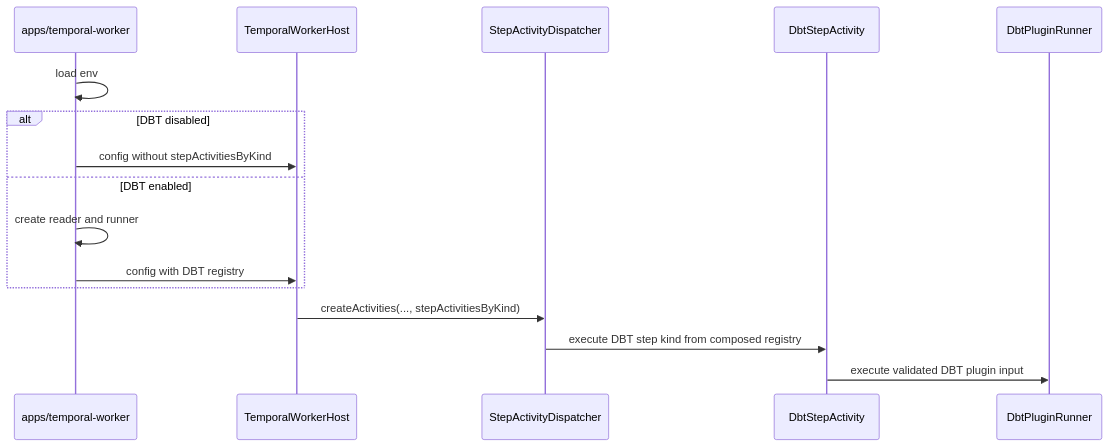
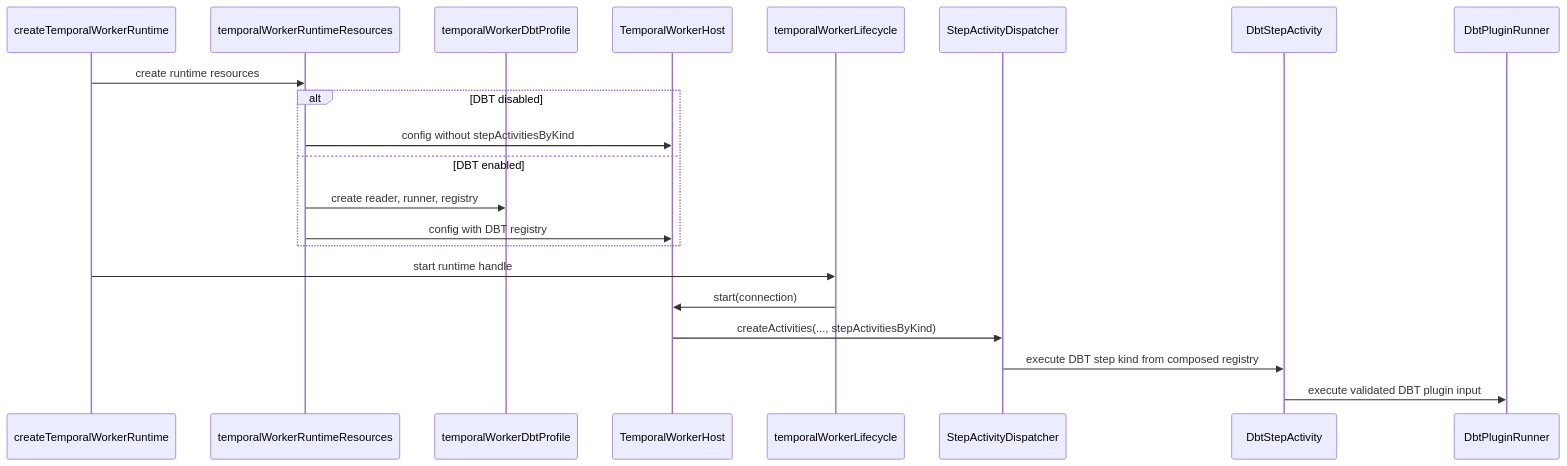
The second of 2 diagrams in docs/architecture/components/engine/adapters/temporal/temporal-dbt-worker-plugin-profile.md (dunay2/dvt), drawn with Mermaid before and after one commit. The commit also changed other lines of this file and 10 other files, not shown here.

Commit message:
refactor(temporal): Split worker runtime responsibilities

````diff
--- a/docs/architecture/components/engine/adapters/temporal/temporal-dbt-worker-plugin-profile.md
+++ b/docs/architecture/components/engine/adapters/temporal/temporal-dbt-worker-plugin-profile.md
@@ -123,19 +145,24 @@
 ```mermaid
 sequenceDiagram
-  participant Worker as apps/temporal-worker
+  participant Entry as createTemporalWorkerRuntime
+  participant Resources as temporalWorkerRuntimeResources
+  participant Profile as temporalWorkerDbtProfile
   participant Host as TemporalWorkerHost
+  participant Lifecycle as temporalWorkerLifecycle
   participant Dispatcher as StepActivityDispatcher
   participant Dbt as DbtStepActivity
   participant Runner as DbtPluginRunner
 
-  Worker->>Worker: load env
+  Entry->>Resources: create runtime resources
   alt DBT disabled
-    Worker->>Host: config without stepActivitiesByKind
+    Resources->>Host: config without stepActivitiesByKind
   else DBT enabled
-    Worker->>Worker: create reader and runner
-    Worker->>Host: config with DBT registry
+    Resources->>Profile: create reader, runner, registry
+    Resources->>Host: config with DBT registry
   end
+  Entry->>Lifecycle: start runtime handle
+  Lifecycle->>Host: start(connection)
   Host->>Dispatcher: createActivities(..., stepActivitiesByKind)
   Dispatcher->>Dbt: execute DBT step kind from composed registry
   Dbt->>Runner: execute validated DBT plugin input
 ```
````
